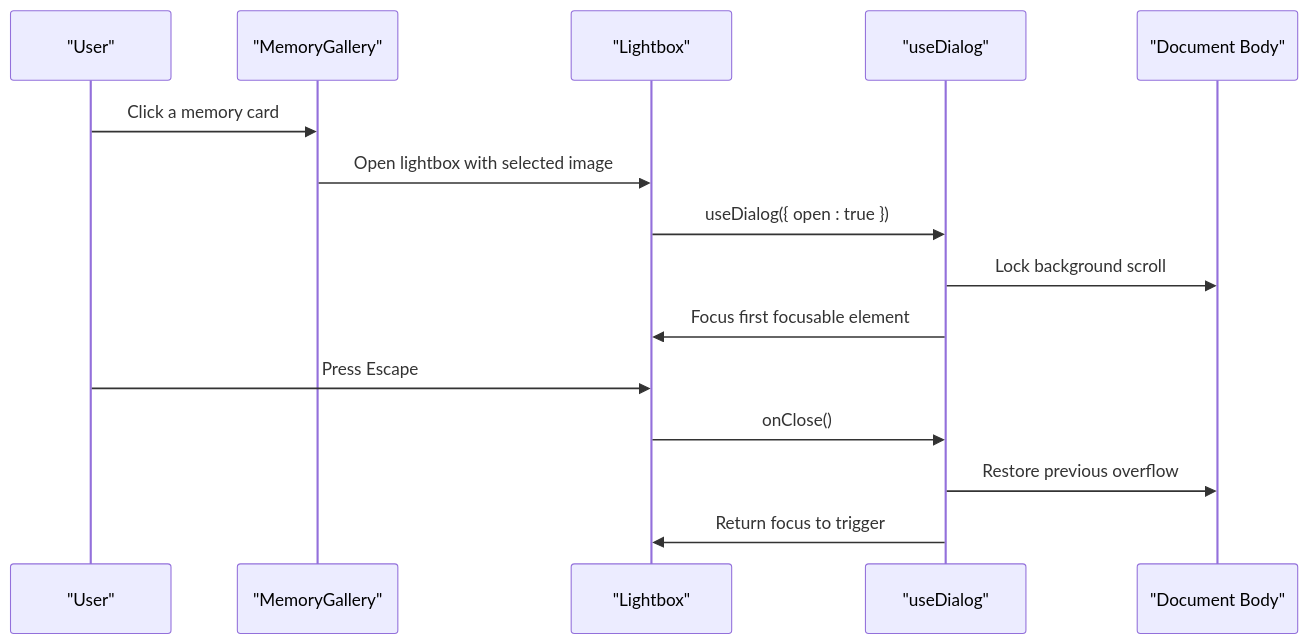
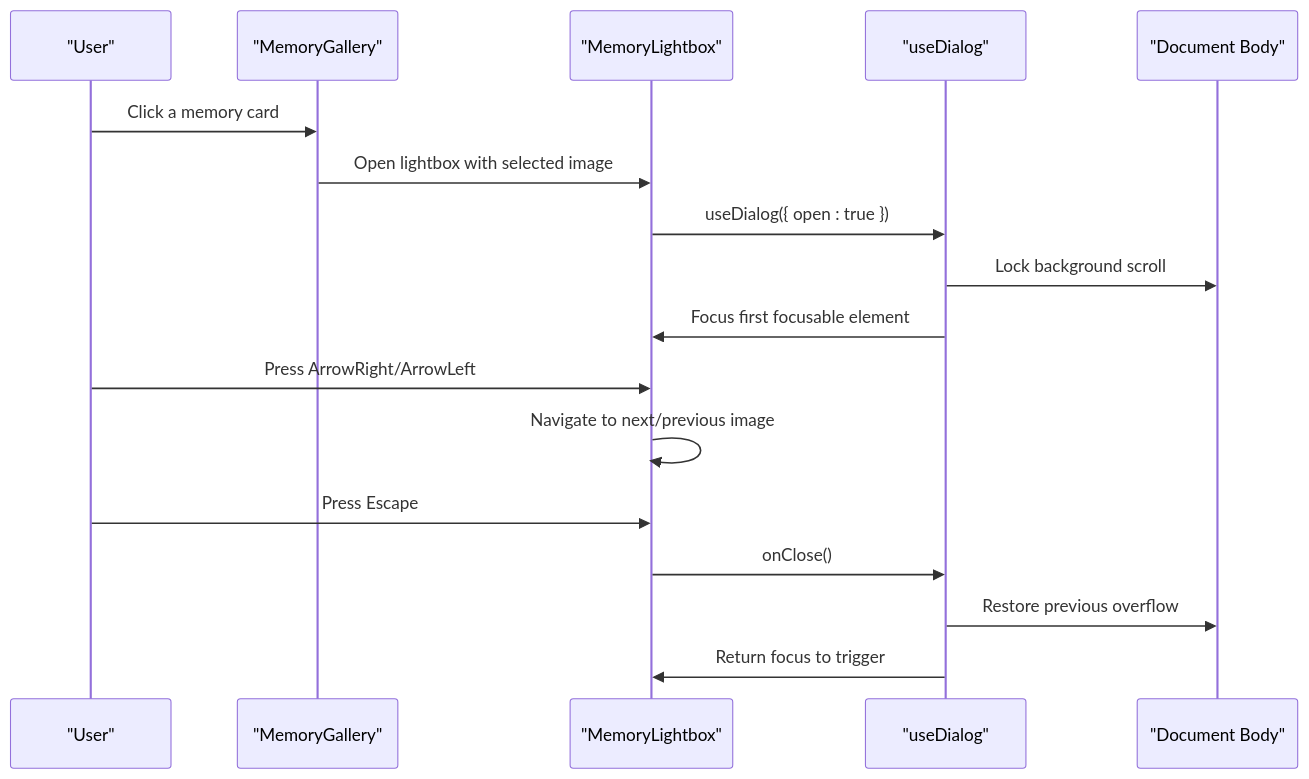
Before and after one commit to quangkiet1/anh-xin-loi: the fifth of 6 diagrams in .qoder/repowiki/en/content/Implementation Guide/Component Architecture.md, drawn with Mermaid. The commit also changed other lines of this file and 13 other files, not shown here.

````diff
--- a/.qoder/repowiki/en/content/Implementation Guide/Component Architecture.md
+++ b/.qoder/repowiki/en/content/Implementation Guide/Component Architecture.md
@@ -342,17 +491,19 @@
 ```mermaid
 sequenceDiagram
 participant User as "User"
 participant Gallery as "MemoryGallery"
-participant Lightbox as "Lightbox"
+participant Lightbox as "MemoryLightbox"
 participant Hook as "useDialog"
 participant Body as "Document Body"
 User->>Gallery : Click a memory card
 Gallery->>Lightbox : Open lightbox with selected image
 Lightbox->>Hook : useDialog({ open : true })
 Hook->>Body : Lock background scroll
 Hook->>Lightbox : Focus first focusable element
+User->>Lightbox : Press ArrowRight/ArrowLeft
+Lightbox->>Lightbox : Navigate to next/previous image
 User->>Lightbox : Press Escape
 Lightbox->>Hook : onClose()
 Hook->>Body : Restore previous overflow
 Hook->>Lightbox : Return focus to trigger
 ```
````
